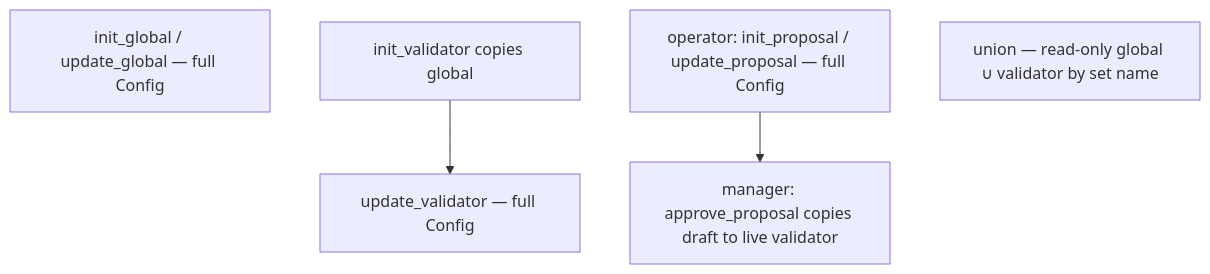
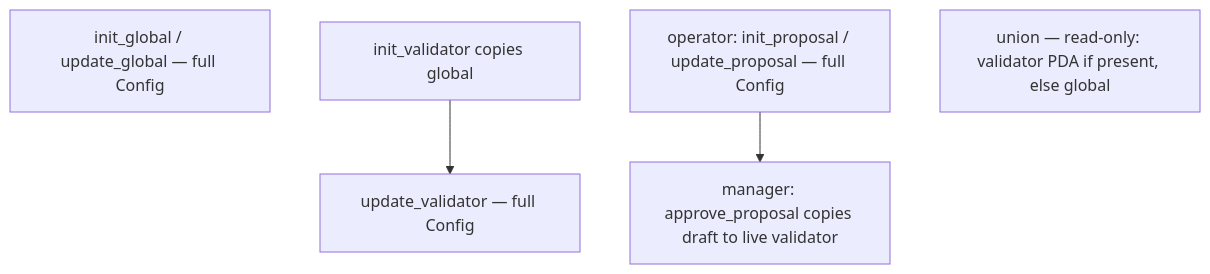
One commit to rakurai-io/rakurai_programs changed the fourth of 5 diagrams in diagram/program-flow-diagrams.md. Above: the diagram before and after it, drawn with Mermaid. The commit also changed 10 other files, not shown here.

````diff
--- a/diagram/program-flow-diagrams.md
+++ b/diagram/program-flow-diagrams.md
@@ -166,9 +166,9 @@
 ```mermaid
 flowchart TD
     G[init_global / update_global — full Config]
     V[init_validator copies global]
     V --> VU[update_validator — full Config]
     P[operator: init_proposal / update_proposal — full Config]
     P --> A[manager: approve_proposal copies draft to live validator]
-    U[union — read-only global ∪ validator by set name]
+    U[union — read-only: validator PDA if present, else global]
 ```
````
